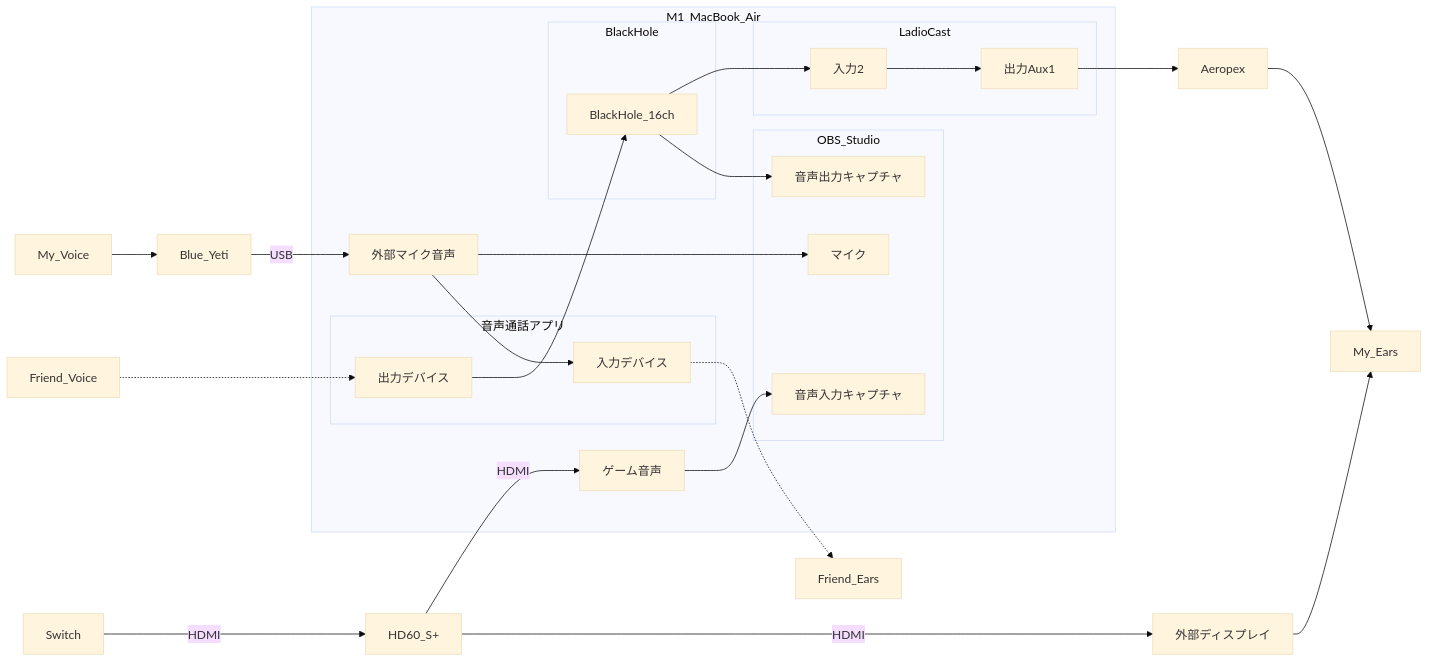
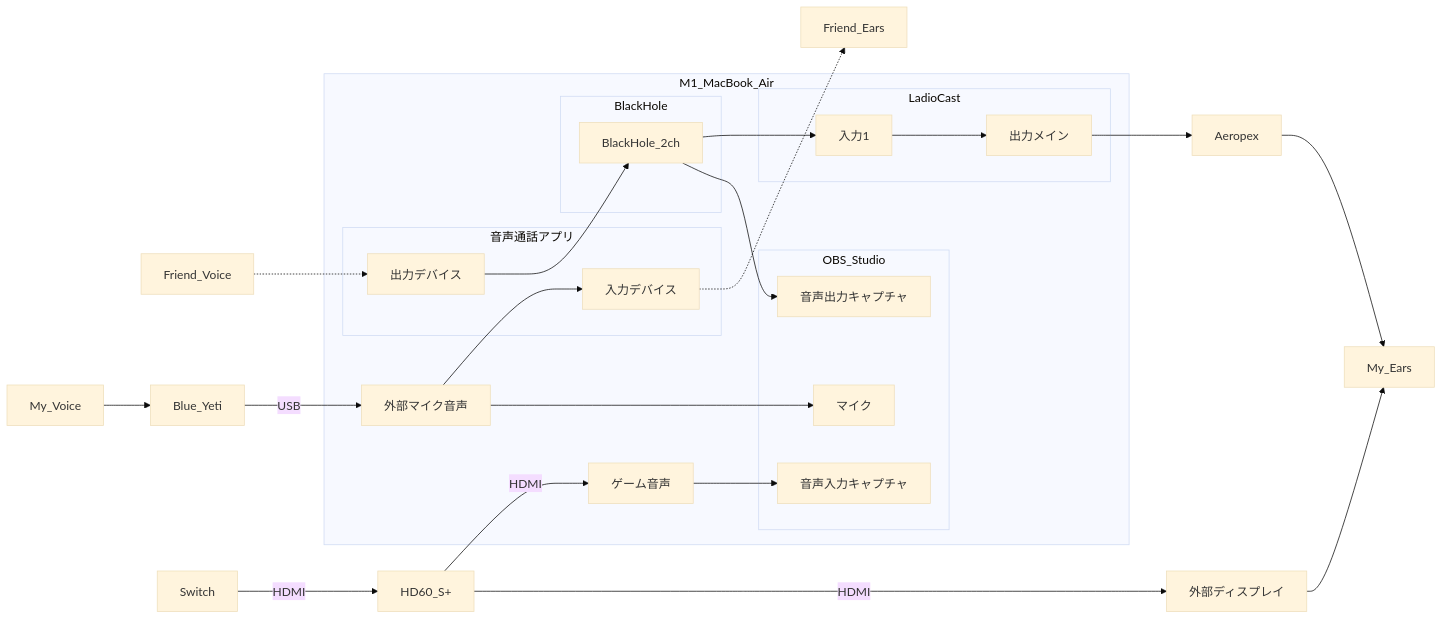
One commit to tanaken0515/tanaken0515 changed the fourth of 4 diagrams in config/recording/video_game.md. Above: the diagram before and after it, drawn with Mermaid (base theme).

Commit message:
rename: 16ch -> 2ch, 入力2 -> 入力1, 出力Aux1 -> 出力メイン

````diff
--- a/config/recording/video_game.md
+++ b/config/recording/video_game.md
@@ -66,44 +66,44 @@
 ```mermaid
 flowchart LR
   My_Voice
   Friend_Voice
   Blue_Yeti
   Switch
   HD60_S+
   subgraph M1_MacBook_Air
     ゲーム音声
     外部マイク音声
     subgraph 音声通話アプリ
       出力デバイス
       入力デバイス
     end
     subgraph BlackHole
-      BlackHole_16ch
+      BlackHole_2ch
     end
     subgraph LadioCast
-      入力2
-      出力Aux1
+      入力1
+      出力メイン
     end
     subgraph OBS_Studio
       マイク
       音声入力キャプチャ
       音声出力キャプチャ
     end    
   end
   Aeropex
   外部ディスプレイ
   My_Ears
   Friend_Ears
   
   My_Voice --> Blue_Yeti -->|USB| 外部マイク音声
   外部マイク音声 --> 入力デバイス -.-> Friend_Ears
   外部マイク音声 --> マイク
 
-  Friend_Voice ..-> 出力デバイス --> BlackHole_16ch
-  BlackHole_16ch --> 入力2 --> 出力Aux1 --> Aeropex --> My_Ears
-  BlackHole_16ch --> 音声出力キャプチャ
+  Friend_Voice .-> 出力デバイス --> BlackHole_2ch
+  BlackHole_2ch --> 入力1 --> 出力メイン --> Aeropex --> My_Ears
+  BlackHole_2ch --> 音声出力キャプチャ
 
-  Switch --->|HDMI| HD60_S+
+  Switch -->|HDMI| HD60_S+
   HD60_S+ -->|HDMI| ゲーム音声 --> 音声入力キャプチャ
   HD60_S+ -->|HDMI| 外部ディスプレイ --> My_Ears
 ```
````
